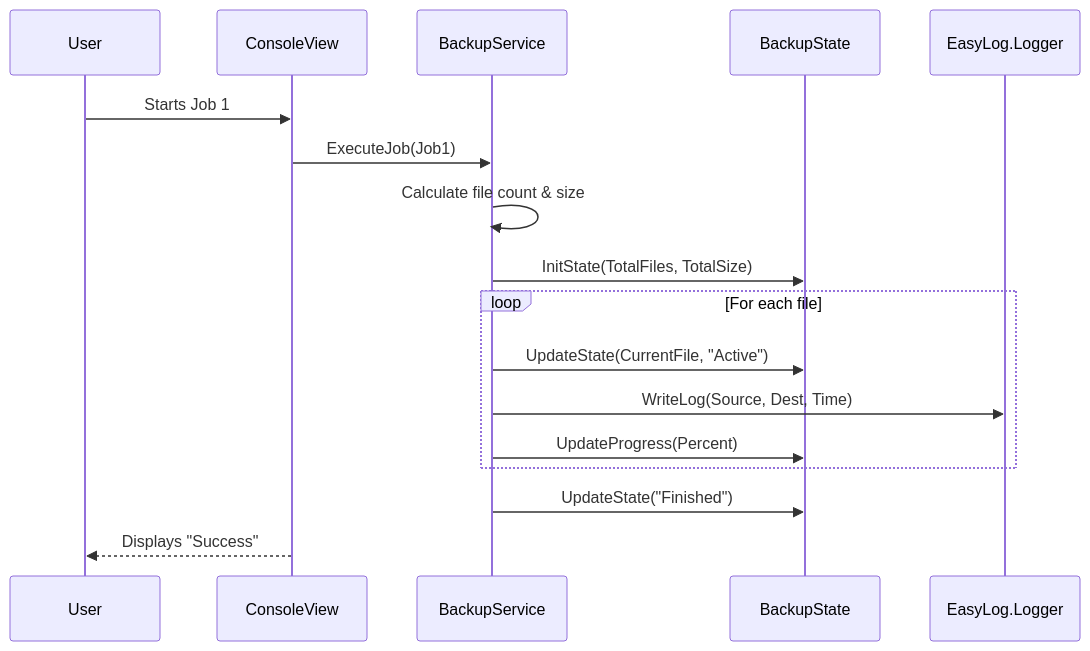
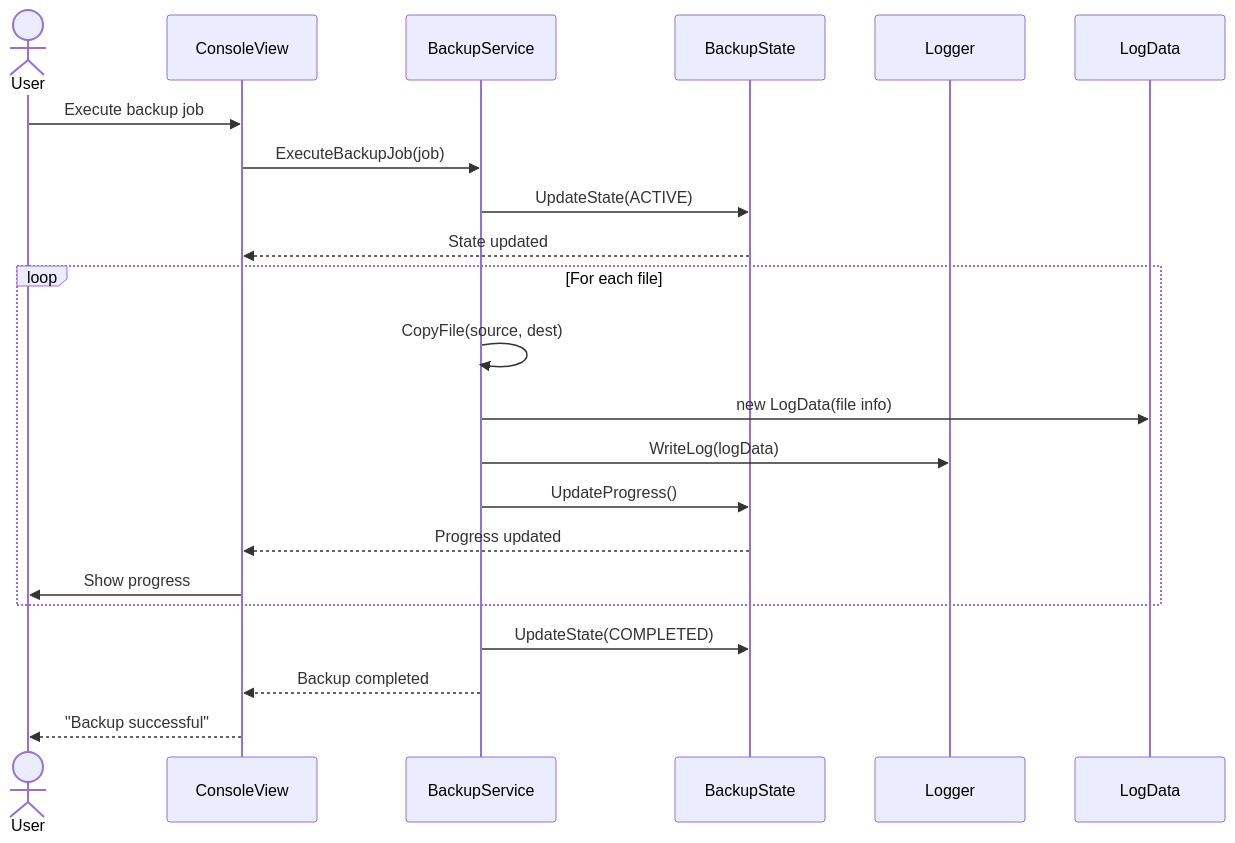
The fourth of 8 diagrams in EasySave/Documentation/UML.md (Groupe1-Prosoft/EasySave), drawn with Mermaid before and after one commit. The commit also changed other lines of this file, not shown here.

Commit message:
Addition of sequences diagrams(creation, execution, supression...)  and activity diagram

````diff
--- a/EasySave/Documentation/UML.md
+++ b/EasySave/Documentation/UML.md
@@ -168,23 +202,30 @@
 ```mermaid
 sequenceDiagram
-    participant User
-    participant View as ConsoleView
-    participant Service as BackupService
-    participant State as BackupState
-    participant DLL as EasyLog.Logger
-
-    User->>View: Starts Job 1
-    View->>Service: ExecuteJob(Job1)
+    actor User
+    participant ConsoleView
+    participant BackupService
+    participant BackupState
+    participant Logger
+    participant LogData
     
-    Service->>Service: Calculate file count & size
-    Service->>State: InitState(TotalFiles, TotalSize)
+    User->>ConsoleView: Execute backup job #2
+    ConsoleView->>BackupService: ExecuteBackupJob(job)
+    
+    BackupService->>BackupState: UpdateState(ACTIVE)
+    BackupState-->>ConsoleView: State updated
     
     loop For each file
-        Service->>State: UpdateState(CurrentFile, "Active")
-        Service->>DLL: WriteLog(Source, Dest, Time)
-        Service->>State: UpdateProgress(Percent)
+        BackupService->>BackupService: CopyFile(source, dest)
+        
+        BackupService->>LogData: new LogData(file info)
+        BackupService->>Logger: WriteLog(logData)
+        
+        BackupService->>BackupState: UpdateProgress()
+        BackupState-->>ConsoleView: Progress updated
+        ConsoleView->>User: Show progress
     end
-
-    Service->>State: UpdateState("Finished")
-    View-->>User: Displays "Success"
+    
+    BackupService->>BackupState: UpdateState(COMPLETED)
+    BackupService-->>ConsoleView: Backup completed
+    ConsoleView-->>User: "Backup successful"
 ```
````
